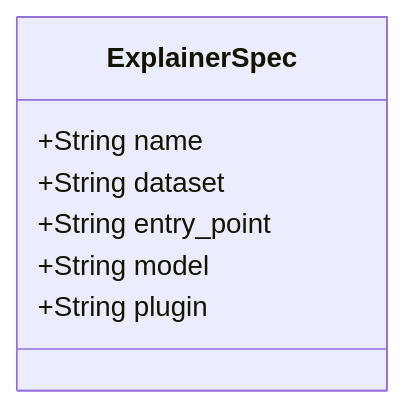
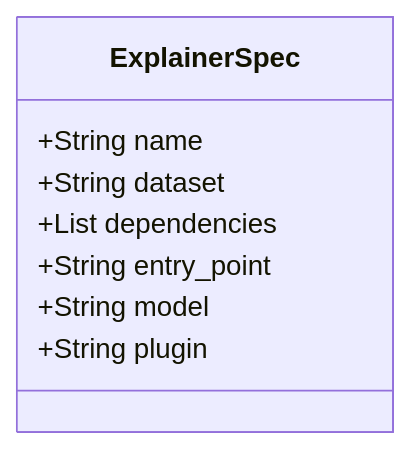
The second of 3 diagrams in docs/design/index.md (intel/intel-xai-tools), drawn with Mermaid before and after one commit. The commit also changed other lines of this file and 5 other files, not shown here.

````diff
--- a/docs/design/index.md
+++ b/docs/design/index.md
@@ -235,12 +230,13 @@
 ```{mermaid}
 :caption: "ExplainerSpec"
 
 classDiagram
     class ExplainerSpec
     ExplainerSpec: +String name
     ExplainerSpec: +String dataset
+    ExplainerSpec: +List dependencies
     ExplainerSpec: +String entry_point
     ExplainerSpec: +String model
     ExplainerSpec: +String plugin
 
 ```
````
